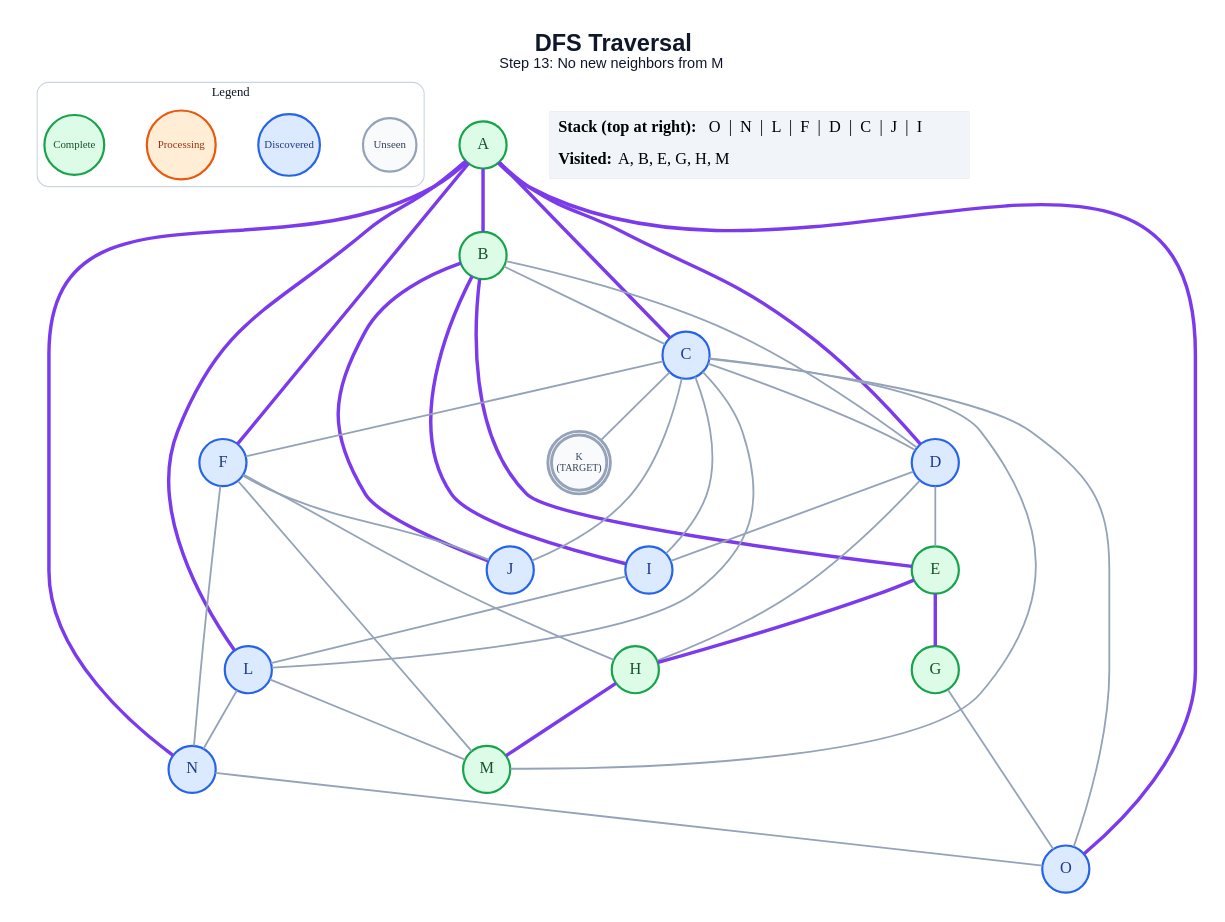
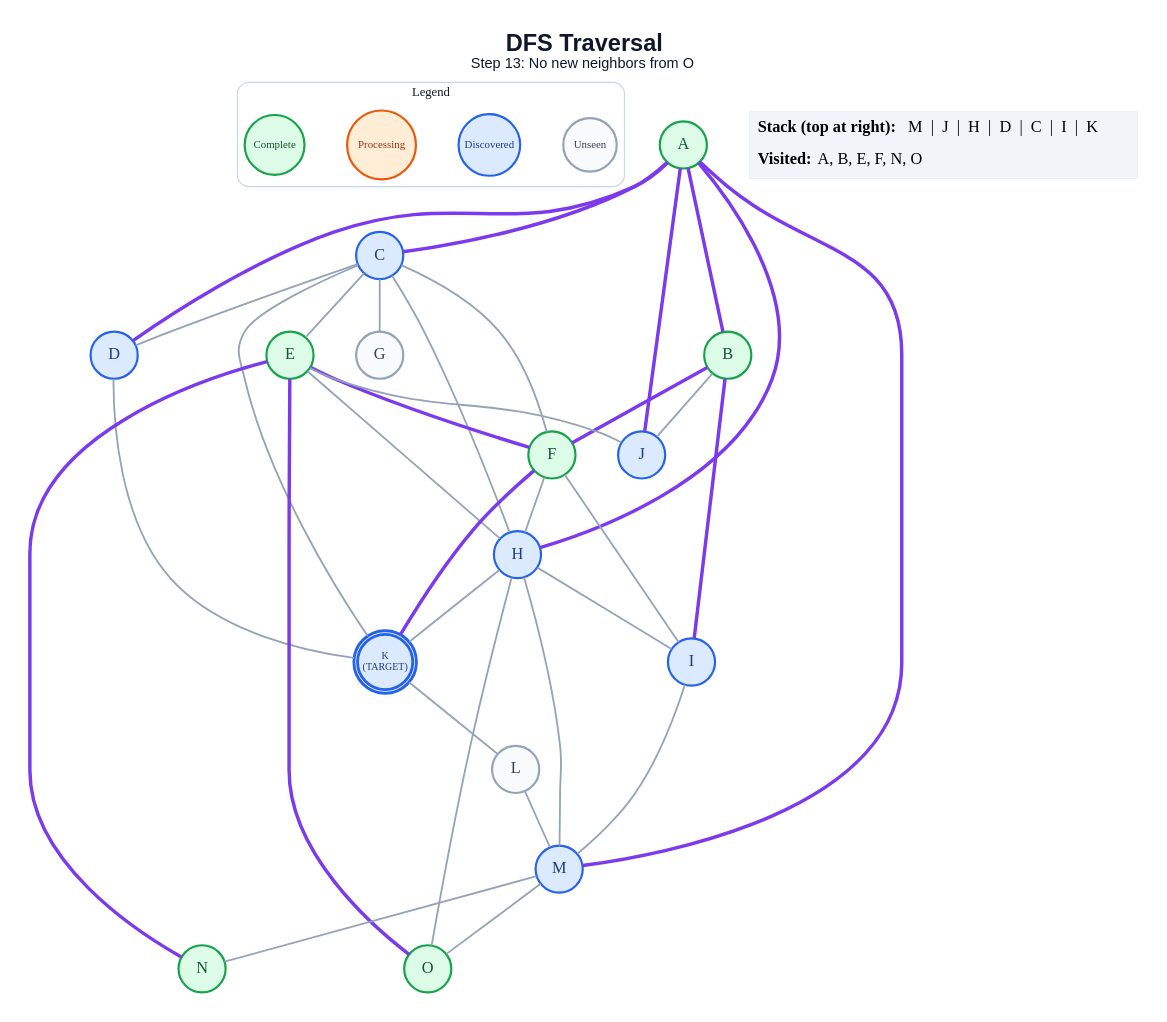
The diagram in generated/specific-node/dfs/step_13.dot (anon7238593-create/ai-slop), drawn with Graphviz before and after one commit. The commit also changed 265 other files, not shown here.

```diff
--- a/generated/specific-node/dfs/step_13.dot
+++ b/generated/specific-node/dfs/step_13.dot
@@ -1,69 +1,67 @@
 graph traversal {
   graph [layout=dot, rankdir=TB, bgcolor="#FFFFFF", pad="0.35", nodesep="0.65", ranksep="0.8", fontname="Arial"];
   node [shape=circle, style="filled", fontname="Arial Bold", fontsize=18, width=0.72, fixedsize=true, penwidth=2.4];
   edge [color="#94A3B8", penwidth=2.0];
-  label=<<B>DFS Traversal</B><BR/><FONT POINT-SIZE="16">Step 13: No new neighbors from M</FONT>>; labelloc="t"; fontsize=26; fontname="Arial"; fontcolor="#0F172A";
+  label=<<B>DFS Traversal</B><BR/><FONT POINT-SIZE="16">Step 13: No new neighbors from O</FONT>>; labelloc="t"; fontsize=26; fontname="Arial"; fontcolor="#0F172A";
   subgraph cluster_legend { label="Legend"; color="#CBD5E1"; penwidth=1.2; style="rounded"; fontsize=14; fontname="Arial Bold";
     key_unseen [label="Unseen", fillcolor="#F8FAFC", color="#94A3B8", fontcolor="#334155", fontsize=12, width=0.82];
     key_frontier [label="Discovered", fillcolor="#DBEAFE", color="#2563EB", fontcolor="#1E3A8A", fontsize=12, width=0.95];
     key_current [label="Processing", fillcolor="#FFEDD5", color="#EA580C", fontcolor="#9A3412", fontsize=12, width=1.05];
     key_done [label="Complete", fillcolor="#DCFCE7", color="#16A34A", fontcolor="#14532D", fontsize=12, width=0.92];
     { rank=same; key_unseen; key_frontier; key_current; key_done; }
   }
   A [label="A", fillcolor="#DCFCE7", color="#16A34A", fontcolor="#14532D", peripheries=1, penwidth=2.4];
   B [label="B", fillcolor="#DCFCE7", color="#16A34A", fontcolor="#14532D", peripheries=1, penwidth=2.4];
   C [label="C", fillcolor="#DBEAFE", color="#2563EB", fontcolor="#1E3A8A", peripheries=1, penwidth=2.4];
   D [label="D", fillcolor="#DBEAFE", color="#2563EB", fontcolor="#1E3A8A", peripheries=1, penwidth=2.4];
   E [label="E", fillcolor="#DCFCE7", color="#16A34A", fontcolor="#14532D", peripheries=1, penwidth=2.4];
-  F [label="F", fillcolor="#DBEAFE", color="#2563EB", fontcolor="#1E3A8A", peripheries=1, penwidth=2.4];
-  G [label="G", fillcolor="#DCFCE7", color="#16A34A", fontcolor="#14532D", peripheries=1, penwidth=2.4];
-  H [label="H", fillcolor="#DCFCE7", color="#16A34A", fontcolor="#14532D", peripheries=1, penwidth=2.4];
+  F [label="F", fillcolor="#DCFCE7", color="#16A34A", fontcolor="#14532D", peripheries=1, penwidth=2.4];
+  G [label="G", fillcolor="#F8FAFC", color="#94A3B8", fontcolor="#334155", peripheries=1, penwidth=2.4];
+  H [label="H", fillcolor="#DBEAFE", color="#2563EB", fontcolor="#1E3A8A", peripheries=1, penwidth=2.4];
   I [label="I", fillcolor="#DBEAFE", color="#2563EB", fontcolor="#1E3A8A", peripheries=1, penwidth=2.4];
   J [label="J", fillcolor="#DBEAFE", color="#2563EB", fontcolor="#1E3A8A", peripheries=1, penwidth=2.4];
-  K [label="K\n(TARGET)", fillcolor="#F8FAFC", color="#94A3B8", fontcolor="#334155", peripheries=2, penwidth=3.2, fontsize=11, width=0.85, height=0.85];
-  L [label="L", fillcolor="#DBEAFE", color="#2563EB", fontcolor="#1E3A8A", peripheries=1, penwidth=2.4];
-  M [label="M", fillcolor="#DCFCE7", color="#16A34A", fontcolor="#14532D", peripheries=1, penwidth=2.4];
-  N [label="N", fillcolor="#DBEAFE", color="#2563EB", fontcolor="#1E3A8A", peripheries=1, penwidth=2.4];
-  O [label="O", fillcolor="#DBEAFE", color="#2563EB", fontcolor="#1E3A8A", peripheries=1, penwidth=2.4];
+  K [label="K\n(TARGET)", fillcolor="#DBEAFE", color="#2563EB", fontcolor="#1E3A8A", peripheries=2, penwidth=3.2, fontsize=11, width=0.85, height=0.85];
+  L [label="L", fillcolor="#F8FAFC", color="#94A3B8", fontcolor="#334155", peripheries=1, penwidth=2.4];
+  M [label="M", fillcolor="#DBEAFE", color="#2563EB", fontcolor="#1E3A8A", peripheries=1, penwidth=2.4];
+  N [label="N", fillcolor="#DCFCE7", color="#16A34A", fontcolor="#14532D", peripheries=1, penwidth=2.4];
+  O [label="O", fillcolor="#DCFCE7", color="#16A34A", fontcolor="#14532D", peripheries=1, penwidth=2.4];
   A -- B [color="#7C3AED", penwidth=3.8];
   A -- C [color="#7C3AED", penwidth=3.8];
   A -- D [color="#7C3AED", penwidth=3.8];
-  A -- F [color="#7C3AED", penwidth=3.8];
-  A -- L [color="#7C3AED", penwidth=3.8];
-  A -- N [color="#7C3AED", penwidth=3.8];
-  A -- O [color="#7C3AED", penwidth=3.8];
-  B -- C;
-  B -- D;
-  B -- E [color="#7C3AED", penwidth=3.8];
+  A -- H [color="#7C3AED", penwidth=3.8];
+  A -- J [color="#7C3AED", penwidth=3.8];
+  A -- M [color="#7C3AED", penwidth=3.8];
+  B -- F [color="#7C3AED", penwidth=3.8];
   B -- I [color="#7C3AED", penwidth=3.8];
-  B -- J [color="#7C3AED", penwidth=3.8];
+  B -- J;
   C -- D;
+  C -- E;
   C -- F;
-  C -- I;
-  C -- J;
+  C -- G;
+  C -- H;
   C -- K;
-  C -- L;
-  C -- M;
-  C -- O;
-  D -- E;
-  D -- H;
-  D -- I;
-  E -- G [color="#7C3AED", penwidth=3.8];
-  E -- H [color="#7C3AED", penwidth=3.8];
+  D -- K;
+  E -- F [color="#7C3AED", penwidth=3.8];
+  E -- H;
+  E -- J;
+  E -- N [color="#7C3AED", penwidth=3.8];
+  E -- O [color="#7C3AED", penwidth=3.8];
   F -- H;
-  F -- J;
-  F -- M;
-  F -- N;
-  G -- O;
-  H -- M [color="#7C3AED", penwidth=3.8];
-  I -- L;
+  F -- I;
+  F -- K [color="#7C3AED", penwidth=3.8];
+  H -- I;
+  H -- K;
+  H -- M;
+  H -- O;
+  I -- M;
+  K -- L;
   L -- M;
-  L -- N;
-  N -- O;
+  M -- N;
+  M -- O;
   status [shape=plain, fixedsize=false, width=0, height=0, margin=0, label=<
     <TABLE BORDER="0" CELLBORDER="0" CELLPADDING="7" BGCOLOR="#F1F5F9">
-      <TR><TD ALIGN="LEFT"><B>Stack (top at right):</B> O  |  N  |  L  |  F  |  D  |  C  |  J  |  I</TD></TR>
-      <TR><TD ALIGN="LEFT"><B>Visited:</B> A, B, E, G, H, M</TD></TR>
+      <TR><TD ALIGN="LEFT"><B>Stack (top at right):</B> M  |  J  |  H  |  D  |  C  |  I  |  K</TD></TR>
+      <TR><TD ALIGN="LEFT"><B>Visited:</B> A, B, E, F, N, O</TD></TR>
     </TABLE>
   >];
 }
```
